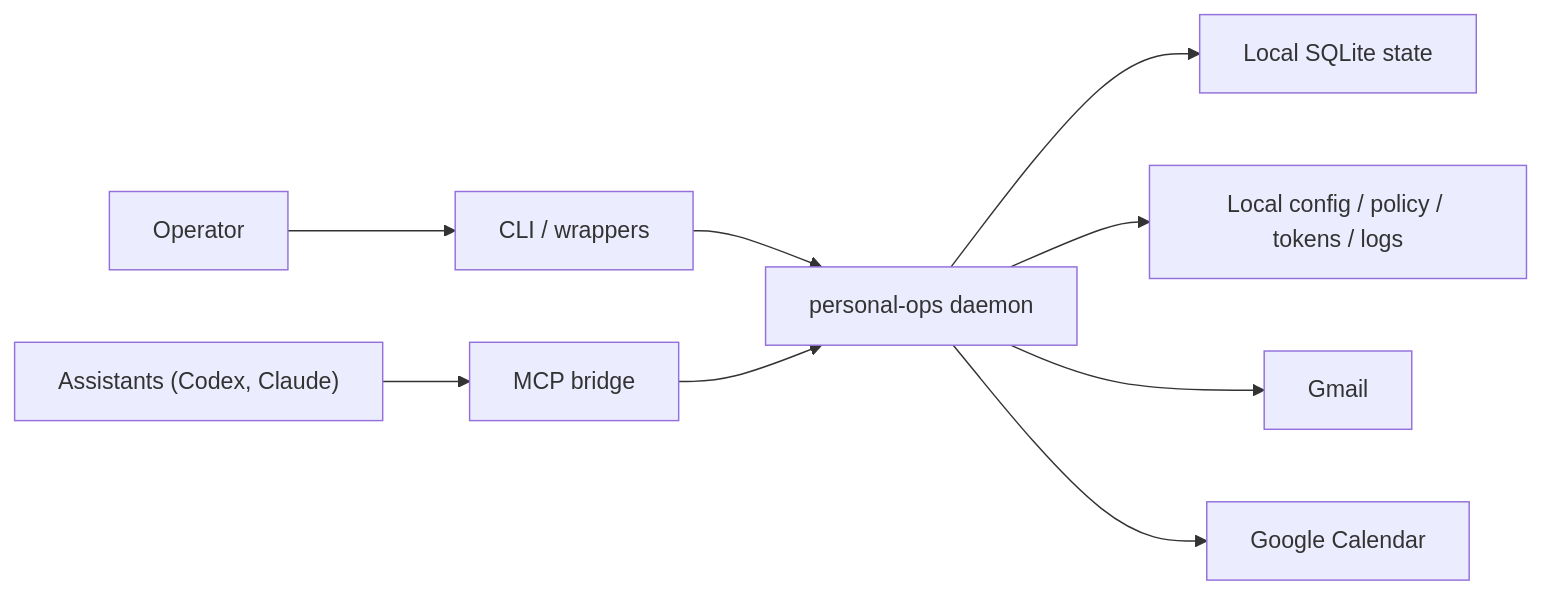
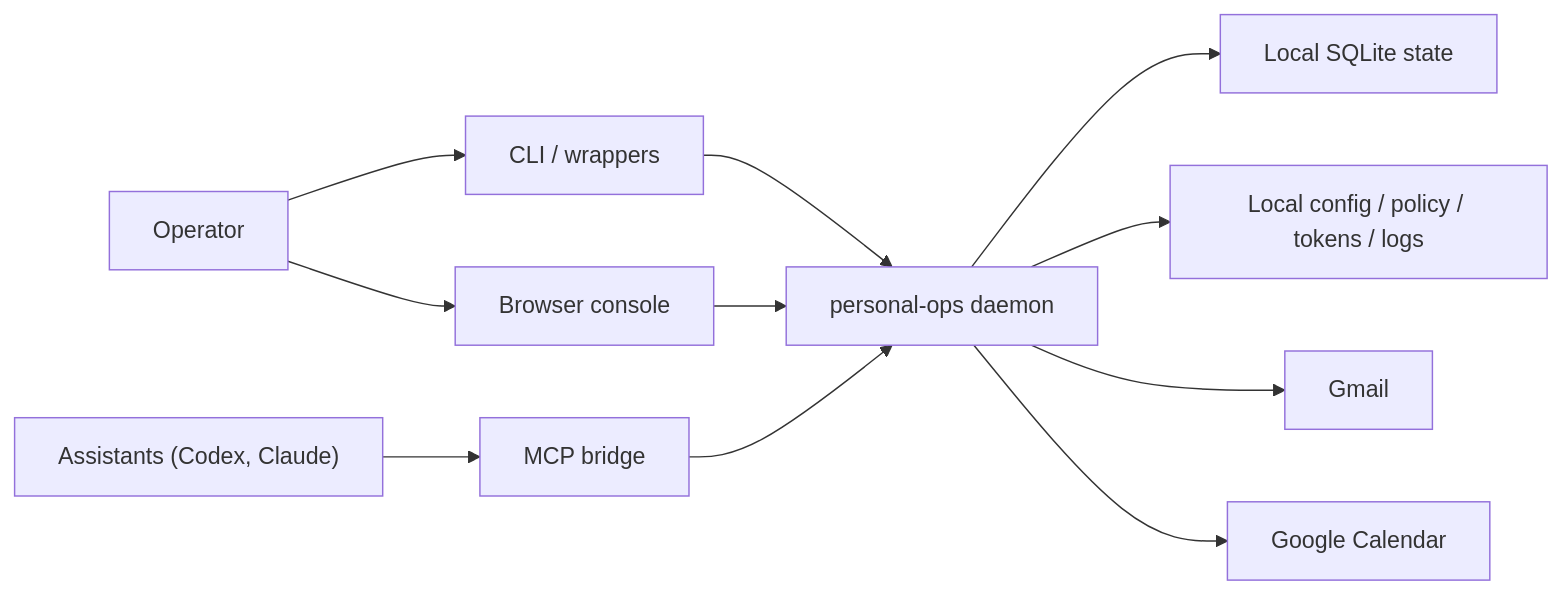
One commit to saagpatel/personal-ops changed the diagram in ARCHITECTURE.md. Above: the diagram before and after it, drawn with Mermaid. The commit also changed other lines of this file and 18 other files, not shown here.

First line of the commit message:
feat(console): add read-first operator console

````diff
--- a/ARCHITECTURE.md
+++ b/ARCHITECTURE.md
@@ -32,11 +33,13 @@
 ```mermaid
 flowchart LR
   operator["Operator"] --> cli["CLI / wrappers"]
+  operator --> console["Browser console"]
   assistants["Assistants (Codex, Claude)"] --> mcp["MCP bridge"]
   cli --> service["personal-ops daemon"]
+  console --> service
   mcp --> service
   service --> db["Local SQLite state"]
   service --> config["Local config / policy / tokens / logs"]
   service --> gmail["Gmail"]
   service --> calendar["Google Calendar"]
 ```
````
